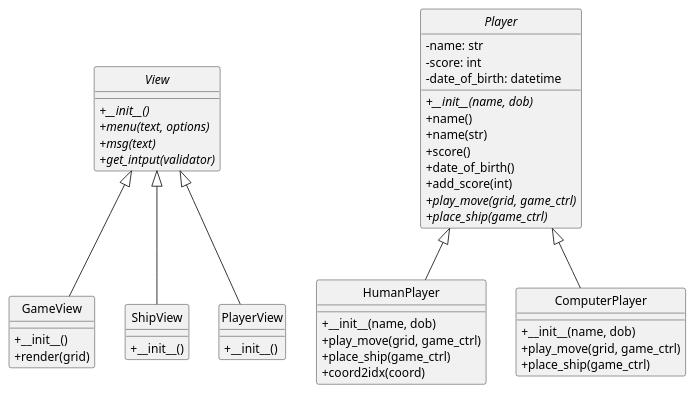
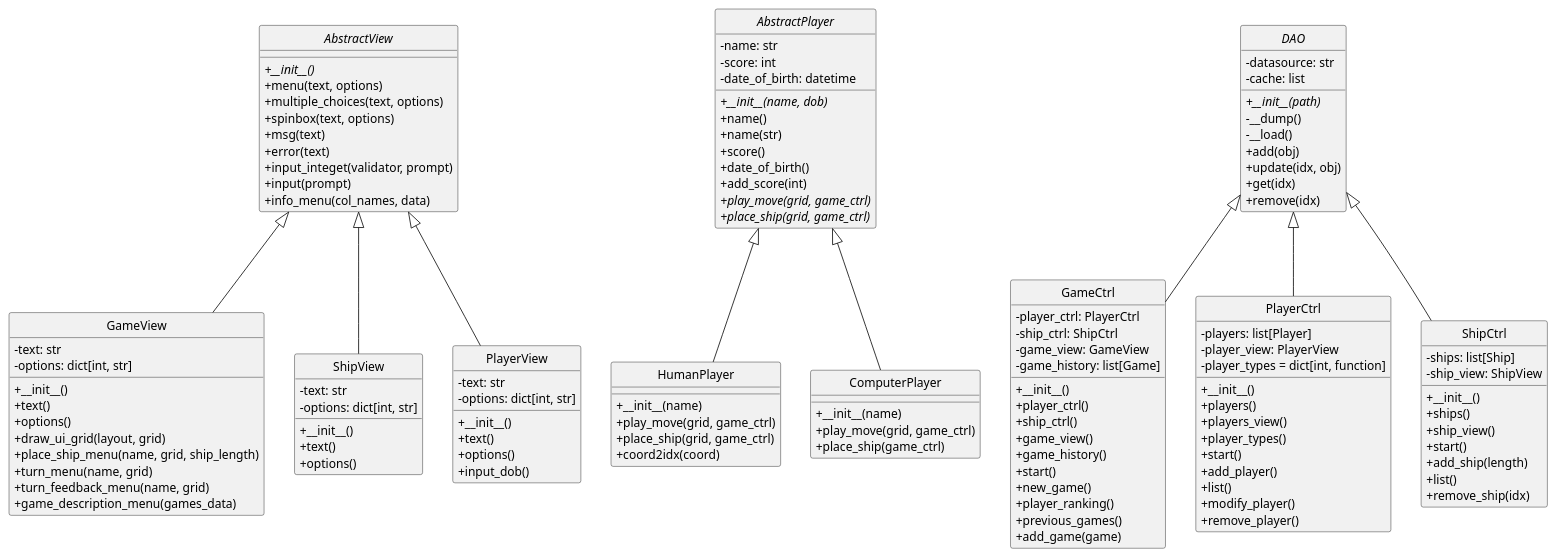
One commit to leoniro/battleship changed the diagram in class_inheritance.puml. Above: the diagram before and after it, drawn with PlantUML. The commit also changed 4 other files, not shown here.

Commit message:
UML atualizado, submetendo

```diff
--- a/class_inheritance.puml
+++ b/class_inheritance.puml
@@ -1,61 +1,142 @@
 @startuml battleship_class_diagram
 
 skinparam classAttributeIconSize 0
 'left to right direction
 hide circle
 
-abstract class View {
+abstract class AbstractView {
     + __init__() {abstract}
-    + menu(text, options) {abstract}
-    + msg(text) {abstract}
-    + get_intput(validator) {abstract}
+    + menu(text, options) 
+    + multiple_choices(text, options)
+    + spinbox(text, options)
+    + msg(text)
+    + error(text)
+    + input_integet(validator, prompt)
+    + input(prompt)
+    + info_menu(col_names, data)
 }
 
 class GameView {
+    - text: str
+    - options: dict[int, str]
     + __init__()
-    + render(grid)
+    + text()
+    + options()
+    + draw_ui_grid(layout, grid)
+    + place_ship_menu(name, grid, ship_length)
+    + turn_menu(name, grid)
+    + turn_feedback_menu(name, grid)
+    + game_description_menu(games_data)
 }
 
 class ShipView {
+    - text: str
+    - options: dict[int, str]
     + __init__()
+    + text()
+    + options()
 }
 
 class PlayerView {
+    - text: str
+    - options: dict[int, str]
     + __init__()
+    + text()
+    + options()
+    + input_dob()
 }
 
-abstract class Player {
+abstract class AbstractPlayer {
     - name: str
     - score: int
     - date_of_birth: datetime
     + __init__(name, dob) {abstract}
     + name()
     + name(str)
     + score()
     + date_of_birth()
     + add_score(int)
     + play_move(grid, game_ctrl) {abstract}
-    + place_ship(game_ctrl) {abstract}
+    + place_ship(grid, game_ctrl) {abstract}
 }
 
 class HumanPlayer {
-    + __init__(name, dob)
+    + __init__(name)
     + play_move(grid, game_ctrl)
-    + place_ship(game_ctrl)
+    + place_ship(grid, game_ctrl)
     + coord2idx(coord)
 }
 
 class ComputerPlayer {
-    + __init__(name, dob)
+    + __init__(name)
     + play_move(grid, game_ctrl)
     + place_ship(game_ctrl)
 }
 
-Player <|-- HumanPlayer
-Player <|-- ComputerPlayer
+abstract class DAO {
+    - datasource: str
+    - cache: list
+    + __init__(path) {abstract}
+    - __dump()
+    - __load()
+    + add(obj)
+    + update(idx, obj)
+    + get(idx)
+    + remove(idx)
+}
 
-View <|-- ShipView
-View <|-- GameView
-View <|-- PlayerView
+class GameCtrl {
+    - player_ctrl: PlayerCtrl
+    - ship_ctrl: ShipCtrl
+    - game_view: GameView
+    - game_history: list[Game]
+    + __init__()
+    + player_ctrl()
+    + ship_ctrl()
+    + game_view()
+    + game_history()
+    + start()
+    + new_game()
+    + player_ranking()
+    + previous_games()
+    + add_game(game)
+}
+
+class PlayerCtrl {
+    - players: list[Player]
+    - player_view: PlayerView
+    - player_types = dict[int, function]
+    + __init__()
+    + players()
+    + players_view()
+    + player_types()
+    + start()
+    + add_player()
+    + list()
+    + modify_player()
+    + remove_player()
+}
+
+class ShipCtrl{
+    - ships: list[Ship]
+    - ship_view: ShipView
+    + __init__()
+    + ships()
+    + ship_view()
+    + start()
+    + add_ship(length)
+    + list()
+    + remove_ship(idx)
+}
+AbstractPlayer <|-- HumanPlayer
+AbstractPlayer <|-- ComputerPlayer
+
+AbstractView <|-- ShipView
+AbstractView <|-- GameView
+AbstractView <|-- PlayerView
+
+DAO <|-- GameCtrl
+DAO <|-- PlayerCtrl
+DAO <|-- ShipCtrl
 
 @enduml
```
